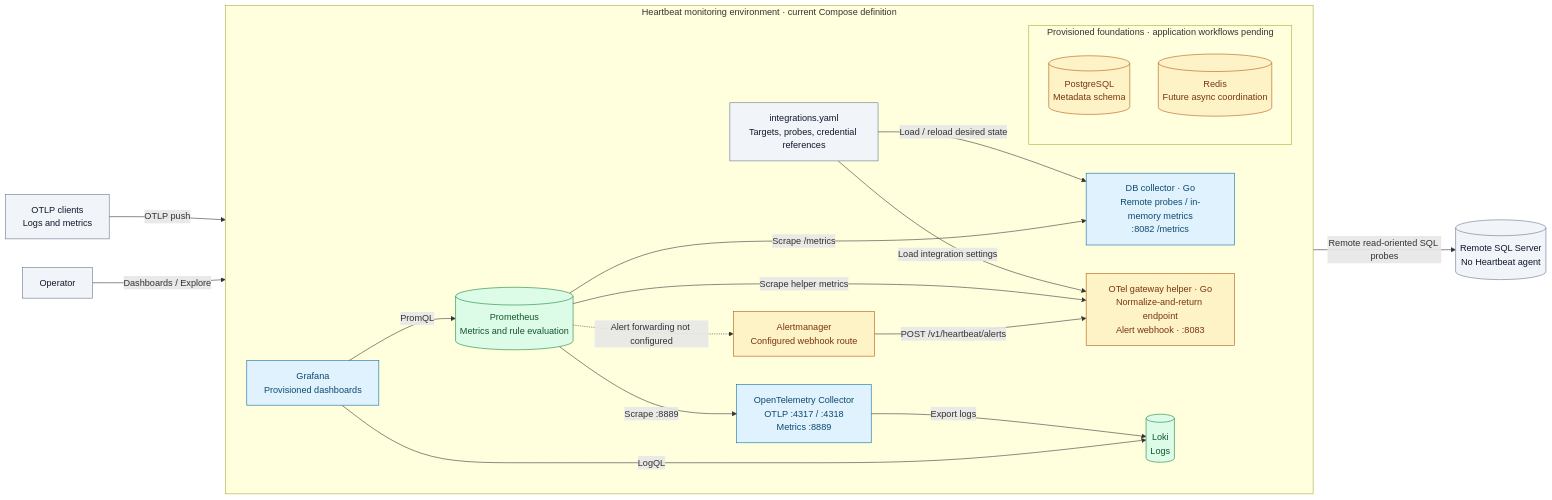
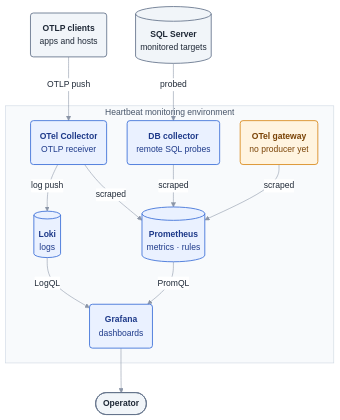
One commit to gdpais/Heartbeat changed the second of 5 diagrams in docs/architecture/overview.md. Above: the diagram before and after it, drawn with Mermaid. The commit also changed other lines of this file and 1 other file, not shown here.

First line of the commit message:
docs: adopt readable architecture diagrams in overview

````diff
--- a/docs/architecture/overview.md
+++ b/docs/architecture/overview.md
@@ -15,45 +44,35 @@
 ```mermaid
-flowchart LR
-    operator["Operator"]
-    sql[("Remote SQL Server<br/>No Heartbeat agent")]
-    otlp["OTLP clients<br/>Logs and metrics"]
+%%{init: {"theme": "base", "fontFamily": "Inter, system-ui, -apple-system, Segoe UI, Helvetica, Arial, sans-serif", "themeVariables": {"fontFamily": "Inter, system-ui, -apple-system, Segoe UI, Helvetica, Arial, sans-serif", "fontSize": "15px", "lineColor": "#8b95a7", "primaryTextColor": "#1f2937", "clusterBkg": "#f8fafc", "clusterBorder": "#cbd5e1", "titleColor": "#475569", "edgeLabelBackground": "#ffffff"}, "flowchart": {"curve": "basis", "nodeSpacing": 36, "rankSpacing": 52, "padding": 16}}}%%
+flowchart TB
+    sql[("<b>SQL Server</b><br/>monitored targets")]
+    otlp("<b>OTLP clients</b><br/>apps and hosts")
 
-    subgraph monitoring["Heartbeat monitoring environment · current Compose definition"]
-        direction LR
-        config["integrations.yaml<br/>Targets, probes, credential references"]
-        db["DB collector · Go<br/>Remote probes / in-memory metrics<br/>:8082 /metrics"]
-        otel["OpenTelemetry Collector<br/>OTLP :4317 / :4318<br/>Metrics :8889"]
-        gateway["OTel gateway helper · Go<br/>Normalize-and-return endpoint<br/>Alert webhook · :8083"]
-        prom[("Prometheus<br/>Metrics and rule evaluation")]
-        loki[("Loki<br/>Logs")]
-        grafana["Grafana<br/>Provisioned dashboards"]
-        am["Alertmanager<br/>Configured webhook route"]
-        subgraph foundation["Provisioned foundations · application workflows pending"]
-            pg[("PostgreSQL<br/>Metadata schema")]
-            redis[("Redis<br/>Future async coordination")]
-        end
+    subgraph env["Heartbeat monitoring environment"]
+        db("<b>DB collector</b><br/>remote SQL probes")
+        otel("<b>OTel Collector</b><br/>OTLP receiver")
+        gateway("<b>OTel gateway</b><br/>no producer yet")
+        prom[("<b>Prometheus</b><br/>metrics · rules")]
+        loki[("<b>Loki</b><br/>logs")]
+        grafana("<b>Grafana</b><br/>dashboards")
     end
 
-    config -->|"Load / reload desired state"| db
-    config -->|"Load integration settings"| gateway
-    db -->|"Remote read-oriented SQL probes"| sql
-    otlp -->|"OTLP push"| otel
-    otel -->|"Export logs"| loki
-    prom -->|"Scrape /metrics"| db
-    prom -->|"Scrape :8889"| otel
-    prom -->|"Scrape helper metrics"| gateway
-    grafana -->|"PromQL"| prom
-    grafana -->|"LogQL"| loki
-    operator -->|"Dashboards / Explore"| grafana
-    prom -.->|"Alert forwarding not configured"| am
-    am -->|"POST /v1/heartbeat/alerts"| gateway
+    operator(["<b>Operator</b>"])
 
-    classDef service fill:#e0f2fe,stroke:#0369a1,color:#0c4a6e
-    classDef store fill:#dcfce7,stroke:#15803d,color:#14532d
-    classDef partial fill:#fef3c7,stroke:#b45309,color:#78350f
-    classDef external fill:#f1f5f9,stroke:#64748b,color:#0f172a
-    class db,otel,grafana service
-    class prom,loki store
-    class gateway,am,pg,redis partial
-    class operator,sql,otlp,config external
+    sql -->|probed| db
+    otlp -->|OTLP push| otel
+    db -->|scraped| prom
+    otel -->|scraped| prom
+    gateway -->|scraped| prom
+    otel -->|log push| loki
+    prom -->|PromQL| grafana
+    loki -->|LogQL| grafana
+    grafana --> operator
+
+    classDef ok fill:#eaf1ff,stroke:#3b6fd8,stroke-width:1.5px,color:#1e3a8a
+    classDef partial fill:#fff4e0,stroke:#d98a1c,stroke-width:1.5px,color:#7a4306
+    classDef planned fill:#ffffff,stroke:#94a3b8,stroke-width:1.5px,stroke-dasharray:6 4,color:#475569
+    classDef ext fill:#f1f5f9,stroke:#64748b,stroke-width:1.5px,color:#1f2937
+    class db,otel,prom,loki,grafana ok
+    class gateway partial
+    class sql,otlp,operator ext
 ```
````
